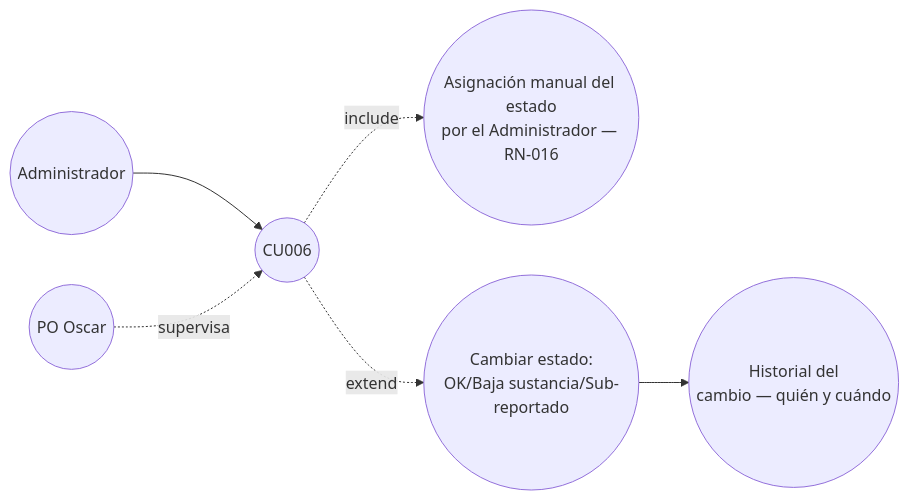
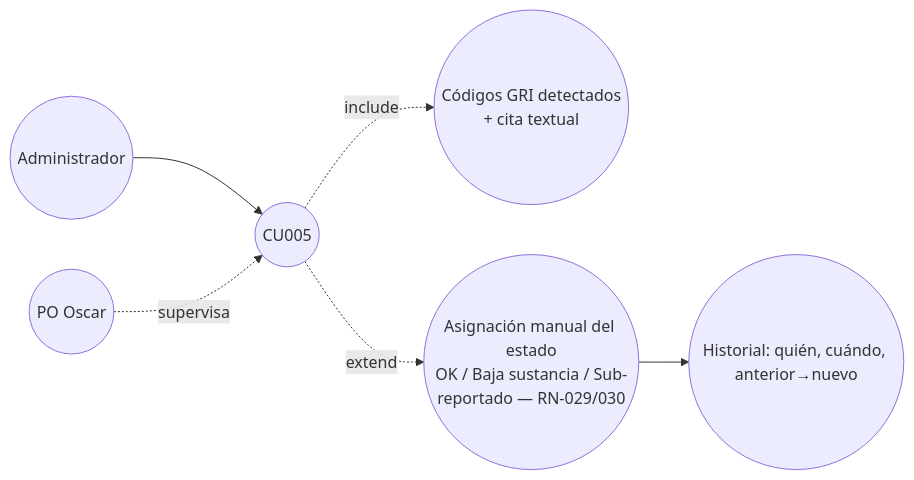
One commit to lFunkwnon01/igualab_md changed the sixth of 8 diagrams in FASE 1/01-Analisis-y-Diseno/07-Casos-de-Uso-Diagrama.md. Above: the diagram before and after it, drawn with Mermaid. The commit also changed other lines of this file and 124 other files, not shown here.

````diff
--- a/FASE 1/01-Analisis-y-Diseno/07-Casos-de-Uso-Diagrama.md
+++ b/FASE 1/01-Analisis-y-Diseno/07-Casos-de-Uso-Diagrama.md
@@ -119,8 +103,8 @@
 ```mermaid
 flowchart LR
-  AD(("Administrador")) --> CU006((CU006))
-  PO(("PO Oscar")) -. supervisa .-> CU006
-  CU006 -.->|include| SUG((Asignación manual del estado<br/>por el Administrador — RN-016))
-  CU006 -.->|extend| CAMB((Cambiar estado:<br/>OK/Baja sustancia/Sub-reportado))
-  CAMB --> HIST((Historial del<br/>cambio — quién y cuándo))
+  AD(("Administrador")) --> CU005((CU005))
+  PO(("PO Oscar")) -. supervisa .-> CU005
+  CU005 -.->|include| DET((Códigos GRI detectados<br/>+ cita textual))
+  CU005 -.->|extend| EST((Asignación manual del estado<br/>OK / Baja sustancia / Sub-reportado — RN-029/030))
+  EST --> HIST((Historial: quién, cuándo, anterior→nuevo))
 ```
````
